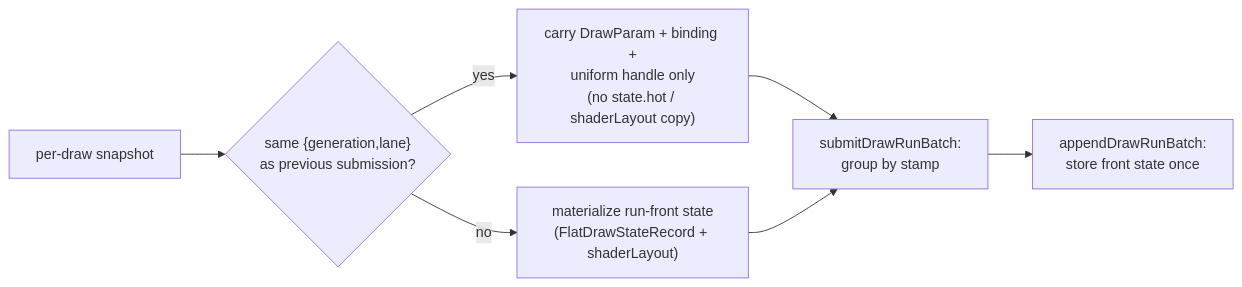
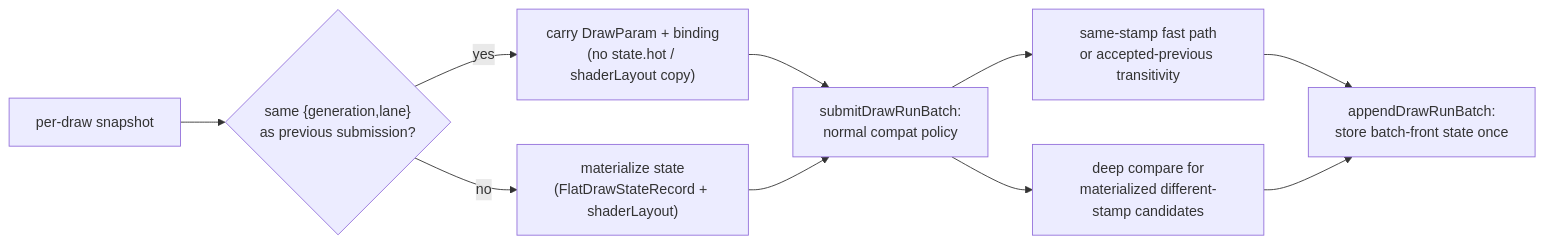
Before and after one commit to dfdgsdfg/dxmt9: the eighth of 26 diagrams in specs/backend/design.md, drawn with Mermaid. The commit also changed other lines of this file and 50 other files, not shown here.

````diff
--- a/specs/backend/design.md
+++ b/specs/backend/design.md
@@ -424,9 +443,12 @@
 ```mermaid
 flowchart LR
   Draw["per-draw snapshot"] --> Same{"same {generation,lane}\nas previous submission?"}
-  Same -->|yes| Elide["carry DrawParam + binding +\nuniform handle only\n(no state.hot / shaderLayout copy)"]
-  Same -->|no| Front["materialize run-front state\n(FlatDrawStateRecord + shaderLayout)"]
-  Elide --> Group["submitDrawRunBatch:\ngroup by stamp"]
+  Same -->|yes| Elide["carry DrawParam + binding\n(no state.hot / shaderLayout copy)"]
+  Same -->|no| Front["materialize state\n(FlatDrawStateRecord + shaderLayout)"]
+  Elide --> Group["submitDrawRunBatch:\nnormal compat policy"]
   Front --> Group
-  Group --> Append["appendDrawRunBatch:\nstore front state once"]
+  Group --> Fast["same-stamp fast path\nor accepted-previous transitivity"]
+  Group --> Deep["deep compare for\nmaterialized different-stamp candidates"]
+  Fast --> Append["appendDrawRunBatch:\nstore batch-front state once"]
+  Deep --> Append
 ```
````
